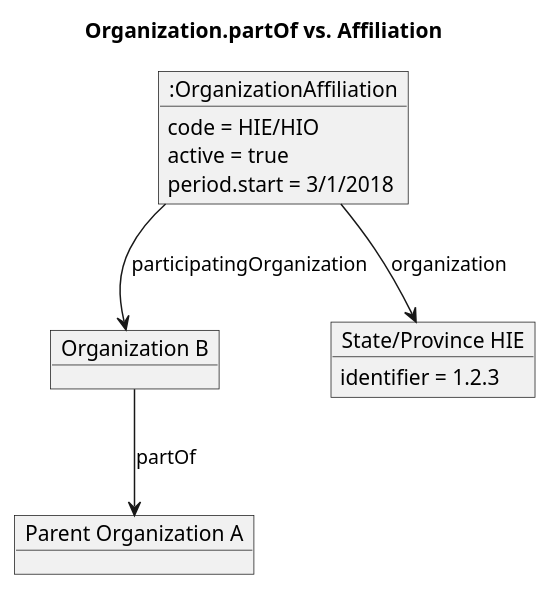
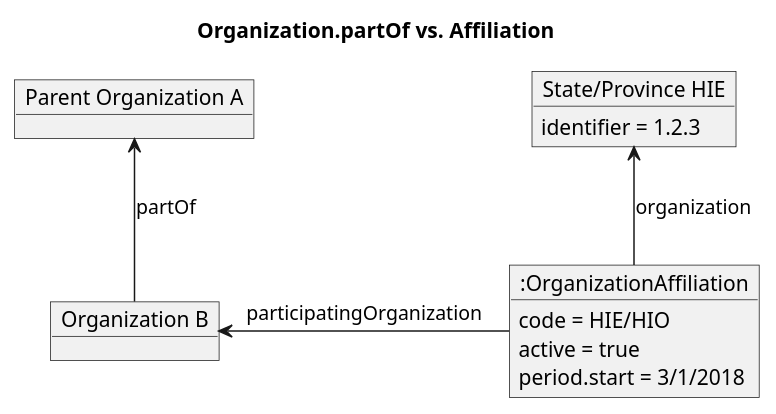
One commit to IHE/ITI.mCSD changed the diagram in input/images-source/usecase5-diagram.plantuml. Above: the diagram before and after it, drawn with PlantUML.

```diff
--- a/input/images-source/usecase5-diagram.plantuml
+++ b/input/images-source/usecase5-diagram.plantuml
@@ -1,21 +1,23 @@
 @startuml
 hide footbox
 
 title Organization.partOf vs. Affiliation
 
 object "Organization B" as OrganizationB
 object "Parent Organization A" as OrganizationA
 
-OrganizationB --> OrganizationA : partOf
+OrganizationA <-- OrganizationB : partOf
 
 object "State/Province HIE" as OrganizationD
 OrganizationD : identifier = 1.2.3
 object ":OrganizationAffiliation" as OrgAff
+
 OrgAff : code = HIE/HIO
 OrgAff : active = true
 OrgAff : period.start = 3/1/2018
 
-OrgAff --> OrganizationB : participatingOrganization
-OrgAff --> OrganizationD : organization
+
+OrganizationB <- OrgAff : participatingOrganization
+OrganizationD <-- OrgAff : organization
 
 @enduml
```
